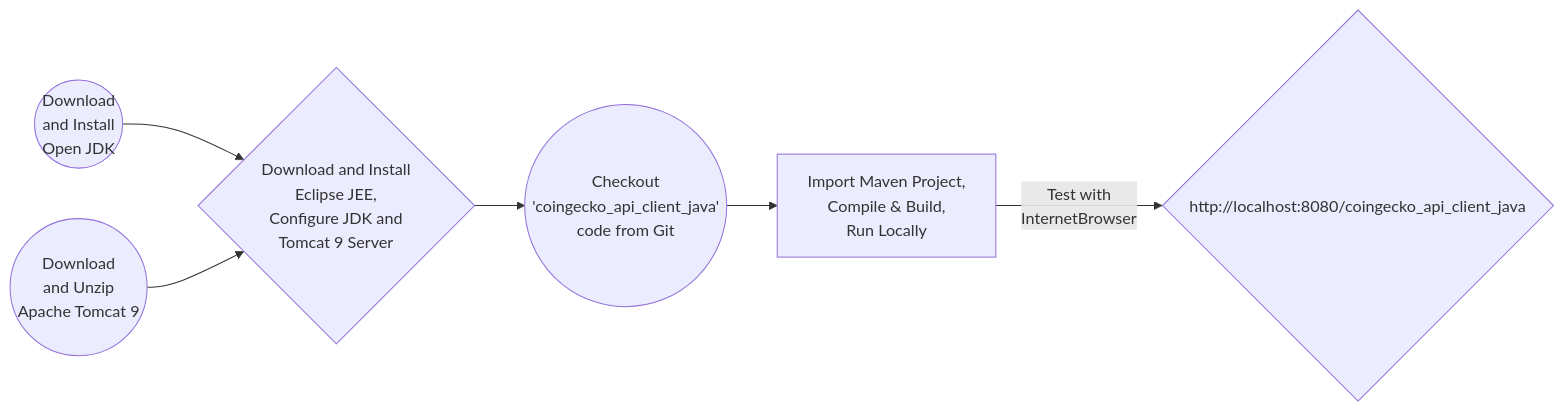
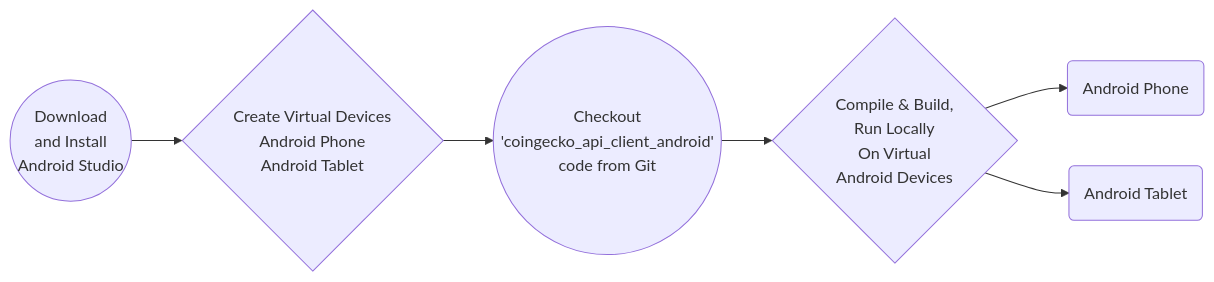
The diagram in README.md (lalumastan/coingecko_api_client_android), drawn with Mermaid before and after one commit. The commit also changed other lines of this file, not shown here.

````diff
--- a/README.md
+++ b/README.md
@@ -12,17 +11,16 @@
 ```mermaid
 
 graph LR
 
-A((Download<br/>and Install<br/>Open JDK)) --> C
+A((Download<br/>and Install<br/>Android Studio)) --> B
 
-B((Download<br/>and Unzip<br/>Apache Tomcat 9)) --> C
+B{Create Virtual Devices<br/>Android Phone<br/>Android Tablet} --> C
 
-C{Download and Install<br/>Eclipse JEE,<br/>Configure JDK and<br/>Tomcat 9 Server} --> D
+C((Checkout<br/>'coingecko_api_client_android'<br/>code from Git)) --> D
 
-D((Checkout<br/>'coingecko_api_client_java'<br/>code from Git)) --> E
+D{Compile & Build,<br/>Run Locally<br/>On Virtual<br/>Android Devices}
 
-E[Import Maven Project,<br/>Compile & Build,<br/>Run Locally]
-
-E -- Test with<br/>InternetBrowser --> H{http://localhost:8080/coingecko_api_client_java}
+D --> E(Android Phone)
+D --> F(Android Tablet)
 
 ```
````
